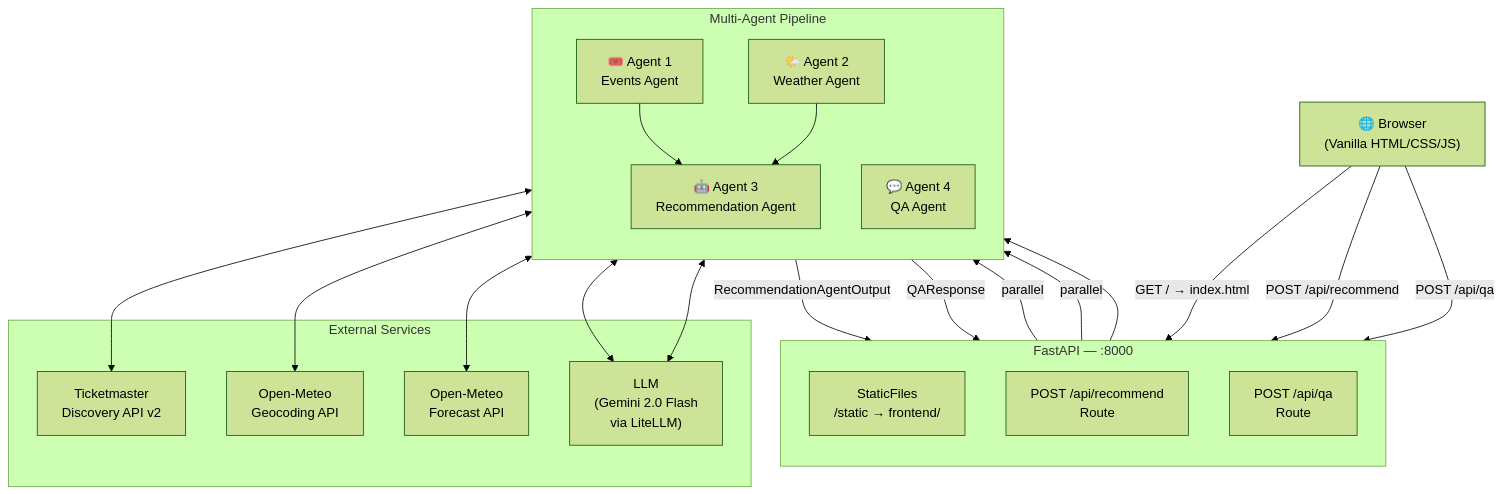
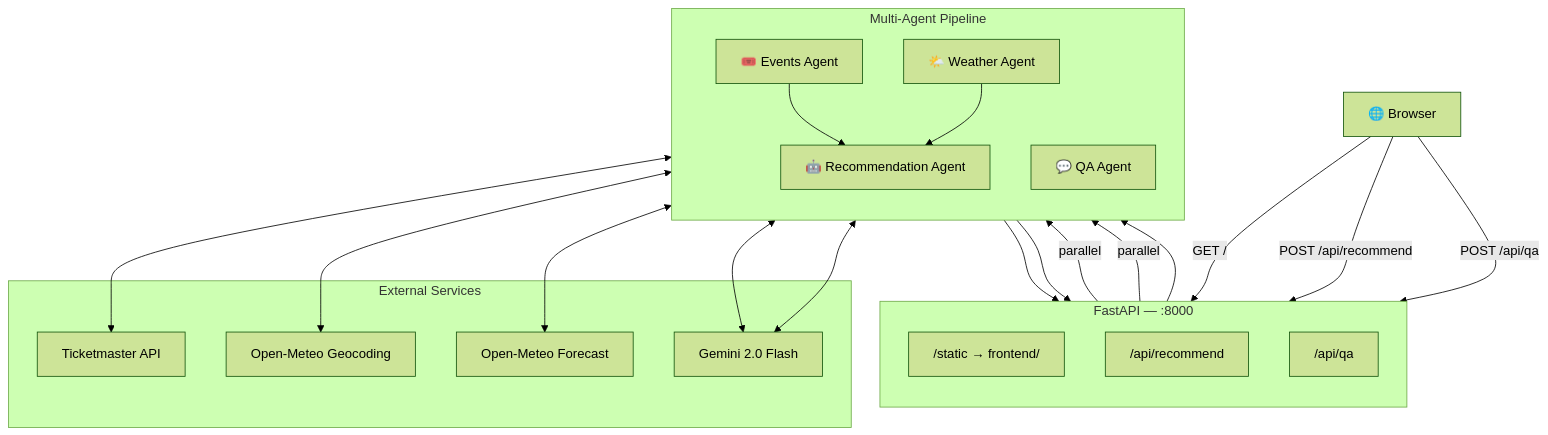
Before and after one commit to ritwiksharan/event-recommendor: the first of 9 diagrams in README.md, drawn with Mermaid (forest theme). The commit also changed other lines of this file, not shown here.

First line of the commit message:
Fix mermaid diagrams: remove \n from labels, simplify sequence diagram

````diff
--- a/README.md
+++ b/README.md
@@ -34,44 +34,44 @@
 ```mermaid
 flowchart TD
-    Browser["🌐 Browser\n(Vanilla HTML/CSS/JS)"]
+    Browser["🌐 Browser"]
 
     subgraph Server["FastAPI — :8000"]
         direction TB
-        Static["StaticFiles\n/static → frontend/"]
-        R1["POST /api/recommend\nRoute"]
-        R2["POST /api/qa\nRoute"]
+        Static["/static → frontend/"]
+        R1["/api/recommend"]
+        R2["/api/qa"]
     end
 
     subgraph Agents["Multi-Agent Pipeline"]
         direction TB
-        A1["🎟️ Agent 1\nEvents Agent"]
-        A2["🌤️ Agent 2\nWeather Agent"]
-        A3["🤖 Agent 3\nRecommendation Agent"]
-        A4["💬 Agent 4\nQA Agent"]
+        A1["🎟️ Events Agent"]
+        A2["🌤️ Weather Agent"]
+        A3["🤖 Recommendation Agent"]
+        A4["💬 QA Agent"]
     end
 
     subgraph External["External Services"]
-        TM["Ticketmaster\nDiscovery API v2"]
-        GEO["Open-Meteo\nGeocoding API"]
-        OM["Open-Meteo\nForecast API"]
-        LLM["LLM\n(Gemini 2.0 Flash\nvia LiteLLM)"]
+        TM["Ticketmaster API"]
+        GEO["Open-Meteo Geocoding"]
+        OM["Open-Meteo Forecast"]
+        LLM["Gemini 2.0 Flash"]
     end
 
-    Browser -- "GET / → index.html" --> Static
+    Browser -- "GET /" --> Static
     Browser -- "POST /api/recommend" --> R1
     Browser -- "POST /api/qa" --> R2
 
     R1 -->|parallel| A1
     R1 -->|parallel| A2
     A1 & A2 --> A3
     R2 --> A4
 
     A1 <--> TM
     A2 <--> GEO
     A2 <--> OM
     A3 <--> LLM
     A4 <--> LLM
 
-    A3 -->|RecommendationAgentOutput| R1
-    A4 -->|QAResponse| R2
+    A3 --> R1
+    A4 --> R2
 ```
````
